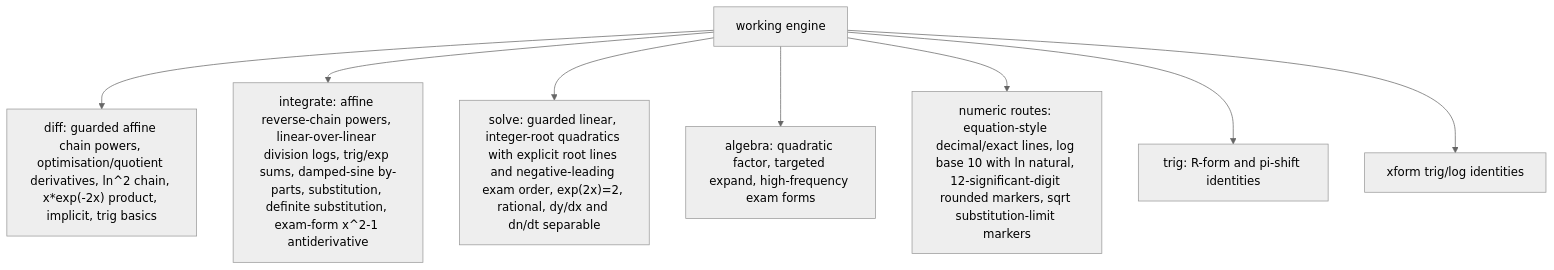
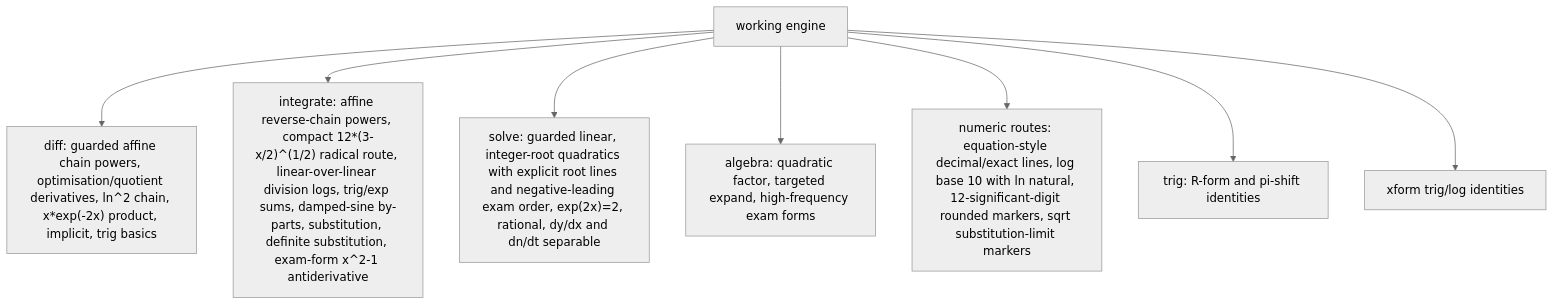
The third of 6 diagrams in docs/GRAPH.md (james8464/notes-addin-casio-fx-cg50), drawn with Mermaid (neutral theme) before and after one commit. The commit also changed other lines of this file and 3 other files, not shown here.

Commit message:
improve radical integration route

````diff
--- a/docs/GRAPH.md
+++ b/docs/GRAPH.md
@@ -36,10 +36,10 @@
 ```mermaid
 graph TD
   Work["working engine"] --> Diff["diff: guarded affine chain powers, optimisation/quotient derivatives, ln^2 chain, x*exp(-2x) product, implicit, trig basics"]
-  Work --> Int["integrate: affine reverse-chain powers, linear-over-linear division logs, trig/exp sums, damped-sine by-parts, substitution, definite substitution, exam-form x^2-1 antiderivative"]
+  Work --> Int["integrate: affine reverse-chain powers, compact 12*(3-x/2)^(1/2) radical route, linear-over-linear division logs, trig/exp sums, damped-sine by-parts, substitution, definite substitution, exam-form x^2-1 antiderivative"]
   Work --> Solve["solve: guarded linear, integer-root quadratics with explicit root lines and negative-leading exam order, exp(2x)=2, rational, dy/dx and dn/dt separable"]
   Work --> Alg["algebra: quadratic factor, targeted expand, high-frequency exam forms"]
   Work --> Num["numeric routes: equation-style decimal/exact lines, log base 10 with ln natural, 12-significant-digit rounded markers, sqrt substitution-limit markers"]
   Work --> Trig["trig: R-form and pi-shift identities"]
   Work --> Xform["xform trig/log identities"]
 ```
````
